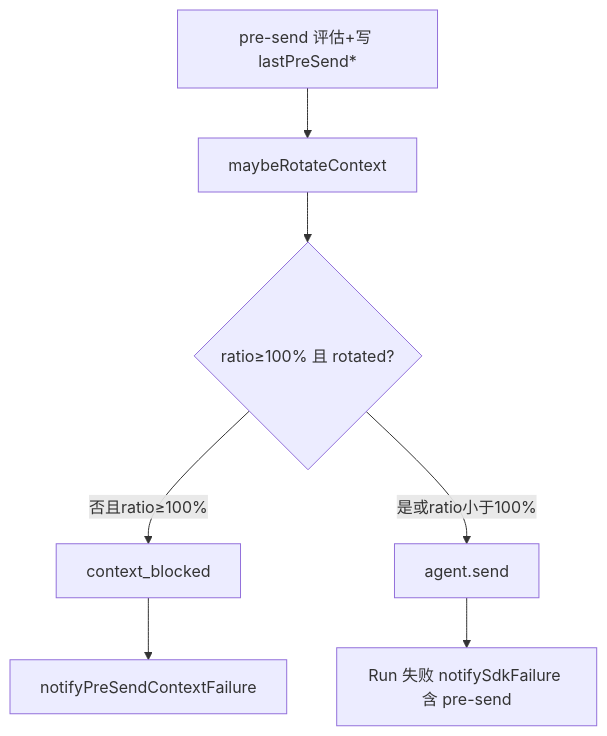
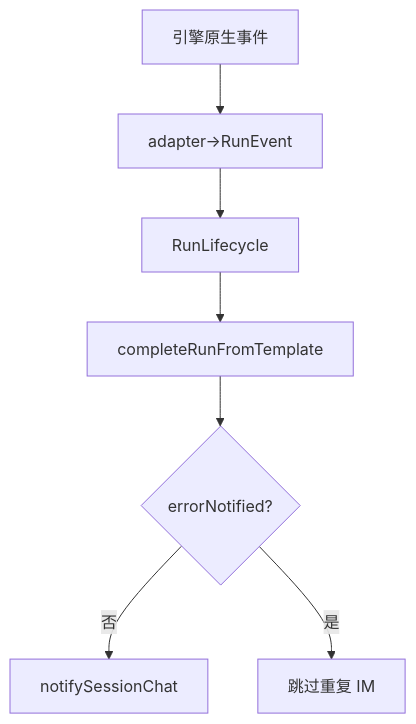
Before and after one commit to suveng/cursor-claw: the diagram in knowledge/业务域/Agent调度/10-SDK上下文保护与失败归因.md, drawn with Mermaid. The commit also changed other lines of this file and 61 other files, not shown here.

First line of the commit message:
docs(kb): 归档四引擎 Engine Port/RunLifecycle 抽象，统一终态 notify 与 dispatch 失败 IM

````diff
--- a/knowledge/业务域/Agent调度/10-SDK上下文保护与失败归因.md
+++ b/knowledge/业务域/Agent调度/10-SDK上下文保护与失败归因.md
@@ -23,9 +35,9 @@
 ```mermaid
 flowchart TD
-  preSend["pre-send 评估+写 lastPreSend*"] --> rotate["maybeRotateContext"]
-  rotate --> ok{"ratio≥100% 且 rotated?"}
-  ok -->|否且ratio≥100%| block["context_blocked"]
-  ok -->|是或ratio小于100%| send["agent.send"]
-  block --> notify["notifyPreSendContextFailure"]
-  send --> fail["Run 失败 notifySdkFailure 含 pre-send"]
+  ev["引擎原生事件"] --> map["adapter→RunEvent"]
+  map --> lc["RunLifecycle"]
+  lc --> tpl["completeRunFromTemplate"]
+  tpl --> chk{"errorNotified?"}
+  chk -->|否| im["notifySessionChat"]
+  chk -->|是| skip["跳过重复 IM"]
 ```
````
